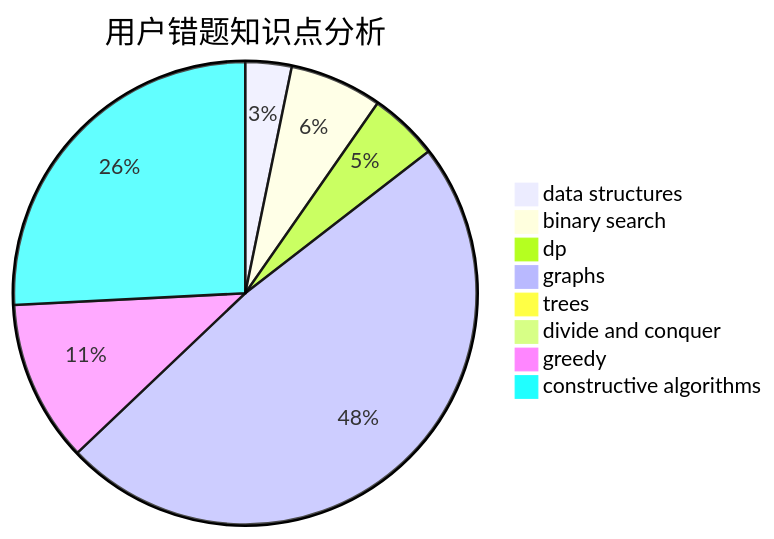
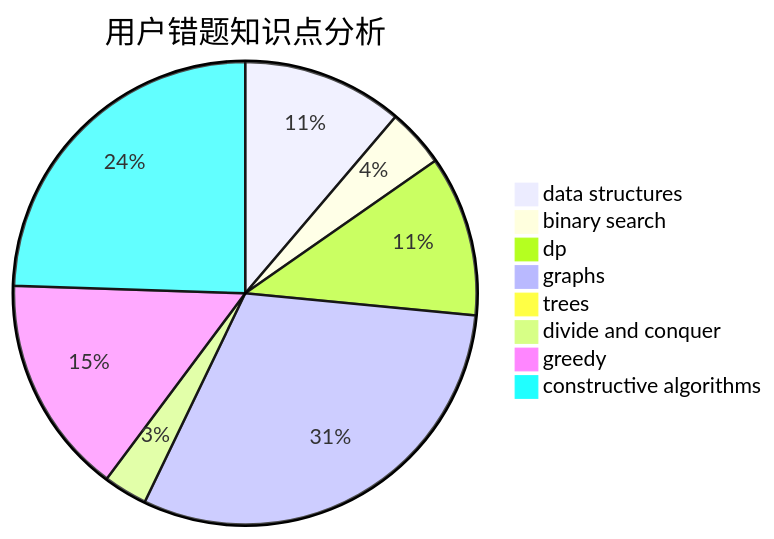
One commit to sherpahu/cfrs.github.io changed the third of 3 diagrams in docs/user/u1219.md. Above: the diagram before and after it, drawn with Mermaid. The commit also changed other lines of this file and 2770 other files, not shown here.

````diff
--- a/docs/user/u1219.md
+++ b/docs/user/u1219.md
@@ -36,11 +36,11 @@
 ```mermaid
 pie title 用户错题知识点分析
-    "data structures" :  2
+    "data structures" :  11
     "binary search" :  4
-    "dp" :  3
+    "dp" :  11
     "graphs" :  30
     "trees" :  0
-    "divide and conquer" :  0
-    "greedy" :  7
-    "constructive algorithms" :  16
+    "divide and conquer" :  3
+    "greedy" :  15
+    "constructive algorithms" :  24
 ```
````
